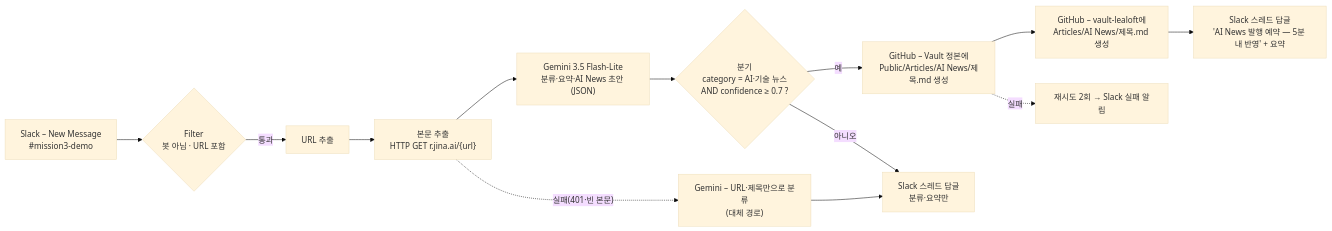
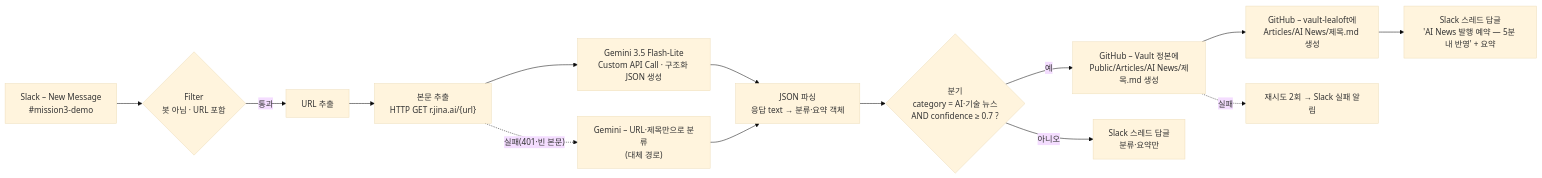
One commit to sujileelea/Codyssey changed the diagram in AI_Tools_Essentials/mission3/프로젝트2 설계 문서.md. Above: the diagram before and after it, drawn with Mermaid (base theme). The commit also changed other lines of this file, not shown here.

Commit message:
mission3: Gemini 3.5 액션 실측을 반영

````diff
--- a/AI_Tools_Essentials/mission3/프로젝트2 설계 문서.md
+++ b/AI_Tools_Essentials/mission3/프로젝트2 설계 문서.md
@@ -30,15 +30,16 @@
 ```mermaid
 flowchart LR
     T["Slack – New Message<br/>#mission3-demo"] --> F{"Filter<br/>봇 아님 · URL 포함"}
     F -- 통과 --> X["URL 추출"]
     X --> H["본문 추출<br/>HTTP GET r.jina.ai/{url}"]
-    H --> C["Gemini 3.5 Flash-Lite<br/>분류·요약·AI News 초안 (JSON)"]
-    C --> B{"분기<br/>category = AI·기술 뉴스<br/>AND confidence ≥ 0.7 ?"}
+    H --> C["Gemini 3.5 Flash-Lite<br/>Custom API Call · 구조화 JSON 생성"]
+    C --> P["JSON 파싱<br/>응답 text → 분류·요약 객체"]
+    P --> B{"분기<br/>category = AI·기술 뉴스<br/>AND confidence ≥ 0.7 ?"}
     B -- 예 --> G1["GitHub – Vault 정본에<br/>Public/Articles/AI News/제목.md 생성"]
     G1 --> G2["GitHub – vault-lealoft에<br/>Articles/AI News/제목.md 생성"]
     G2 --> S1["Slack 스레드 답글<br/>'AI News 발행 예약 — 5분 내 반영' + 요약"]
     B -- 아니오 --> S2["Slack 스레드 답글<br/>분류·요약만"]
     H -. 실패(401·빈 본문) .-> C2["Gemini – URL·제목만으로 분류<br/>(대체 경로)"]
-    C2 --> S2
+    C2 --> P
     G1 -. 실패 .-> R["재시도 2회 → Slack 실패 알림"]
 ```
````
